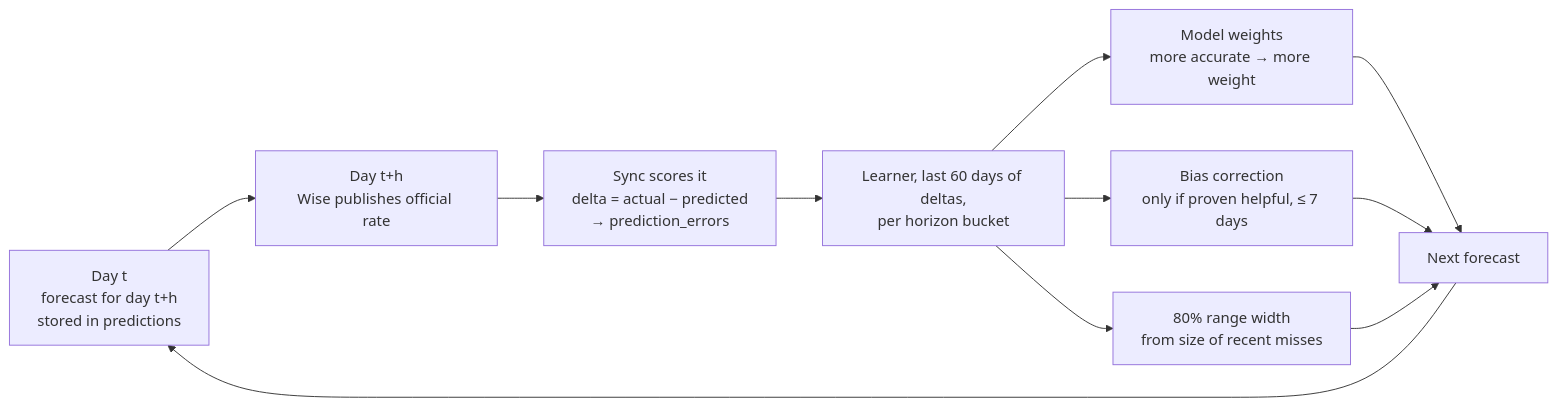
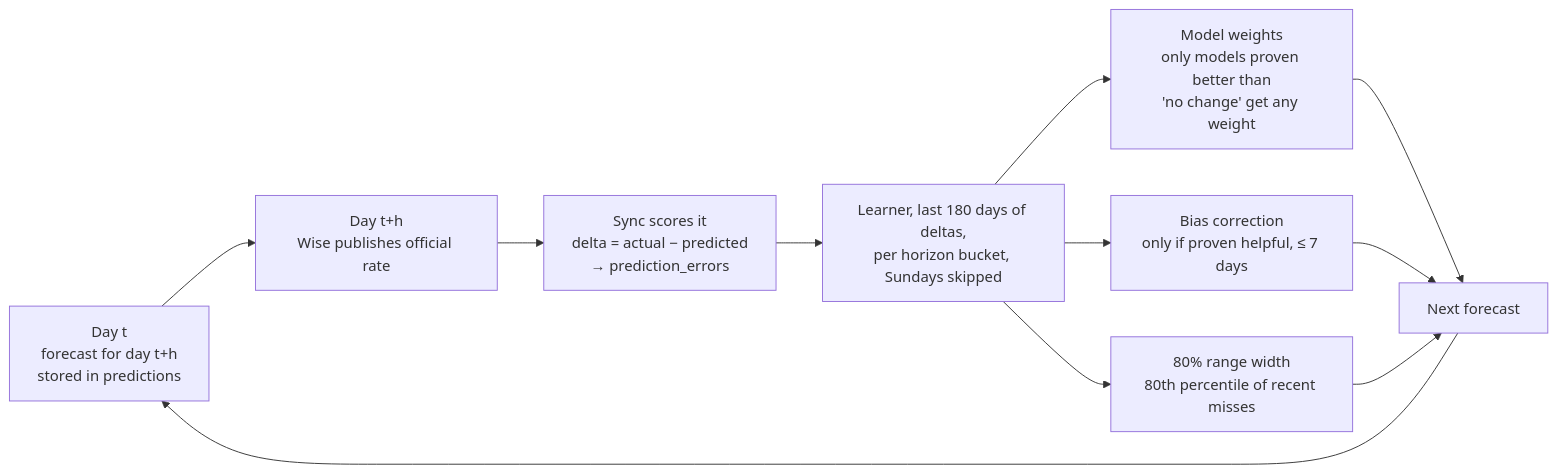
Before and after one commit to osandadeshan/ratecast: the sixth of 7 diagrams in README.md, drawn with Mermaid. The commit also changed other lines of this file and 11 other files, not shown here.

````diff
--- a/README.md
+++ b/README.md
@@ -276,13 +284,13 @@
 ```mermaid
 flowchart LR
     A["Day t<br/>forecast for day t+h<br/>stored in predictions"] --> B["Day t+h<br/>Wise publishes official rate"]
     B --> C["Sync scores it<br/>delta = actual − predicted<br/>→ prediction_errors"]
-    C --> D["Learner, last 60 days of deltas,<br/>per horizon bucket"]
-    D --> D1["Model weights<br/>more accurate → more weight"]
+    C --> D["Learner, last 180 days of deltas,<br/>per horizon bucket, Sundays skipped"]
+    D --> D1["Model weights<br/>only models proven better than<br/>'no change' get any weight"]
     D --> D2["Bias correction<br/>only if proven helpful, ≤ 7 days"]
-    D --> D3["80% range width<br/>from size of recent misses"]
+    D --> D3["80% range width<br/>80th percentile of recent misses"]
     D1 --> N["Next forecast"]
     D2 --> N
     D3 --> N
     N --> A
 ```
````
